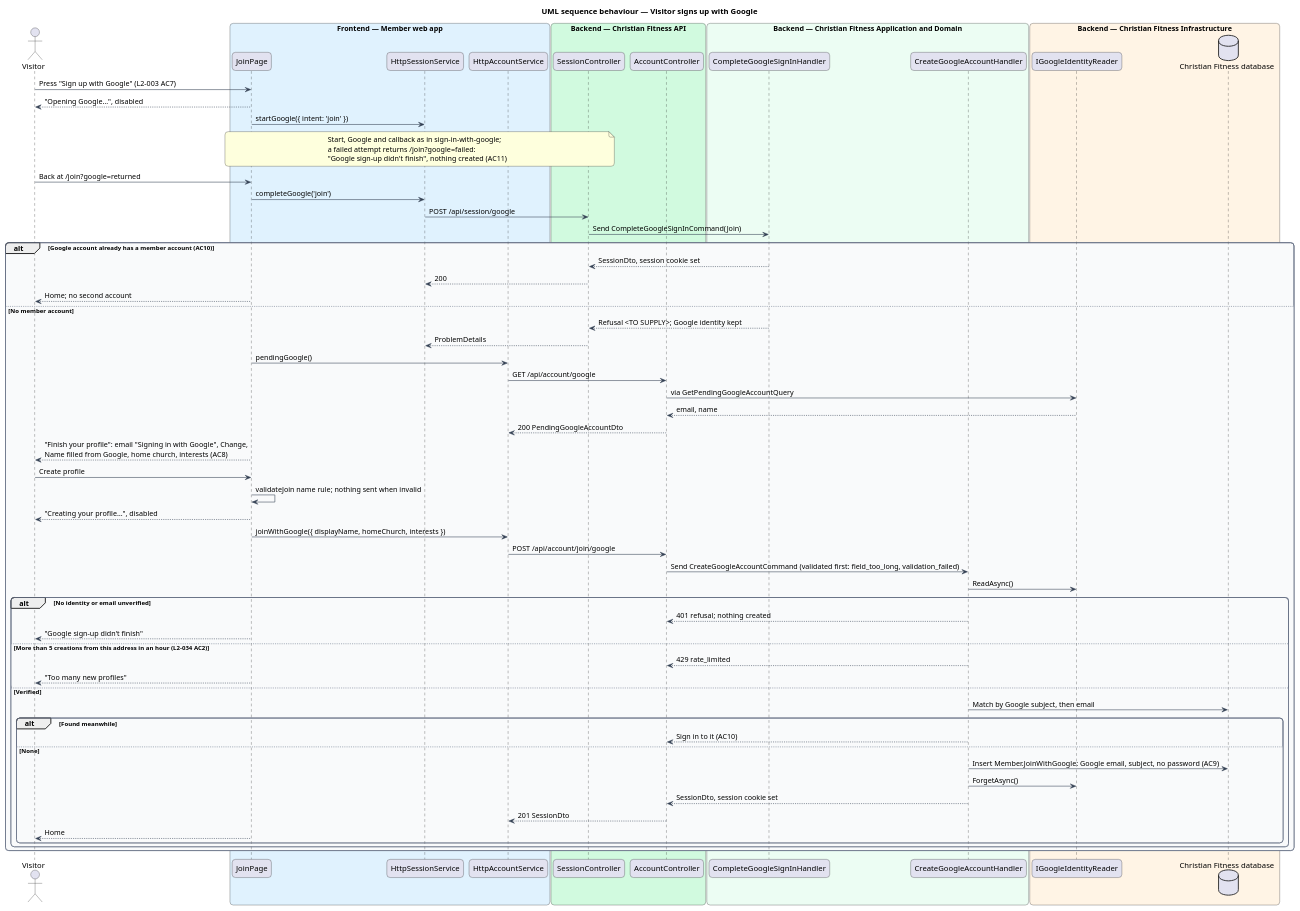
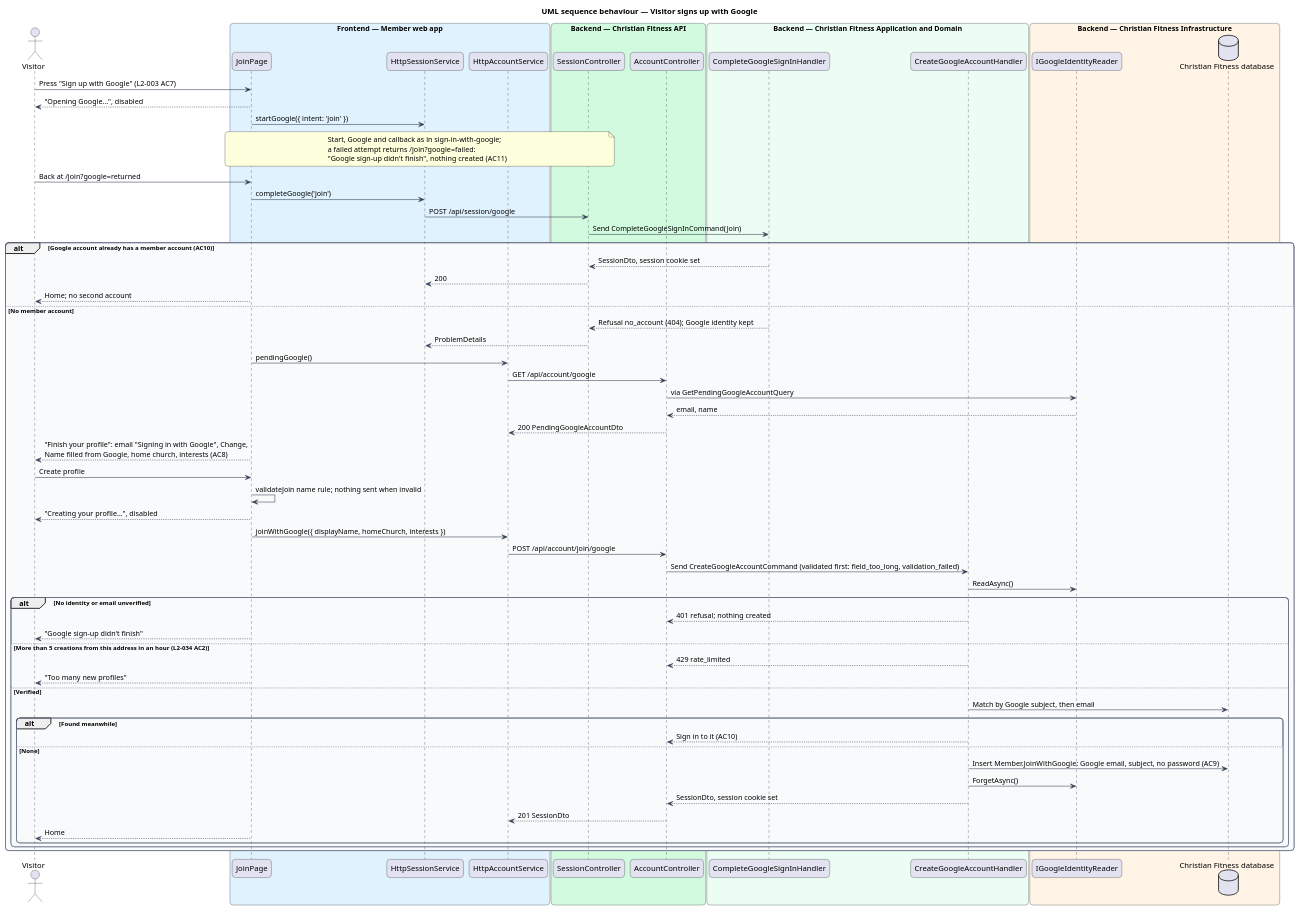
The diagram in docs/detailed-designs/member-access/create-account/diagrams/sequence-join-with-google.puml (QuinntyneBrown/christian-fitness), drawn with PlantUML before and after one commit. The commit also changed 13 other files, not shown here.

```diff
--- a/docs/detailed-designs/member-access/create-account/diagrams/sequence-join-with-google.puml
+++ b/docs/detailed-designs/member-access/create-account/diagrams/sequence-join-with-google.puml
@@ -1,82 +1,82 @@
 @startuml
 title UML sequence behaviour — Visitor signs up with Google
 skinparam backgroundColor #FFFFFF
 skinparam shadowing false
 skinparam roundcorner 12
 skinparam defaultFontName Arial
 skinparam ArrowColor #344054
 skinparam rectangle {
   BorderColor #344054
   FontColor #101828
 }
 skinparam package {
   BorderColor #667085
   FontColor #101828
   BackgroundColor #F9FAFB
 }
 actor "Visitor" as actor
 box "Frontend — Member web app" #E0F2FE
   participant "JoinPage" as page
   participant "HttpSessionService" as ses
   participant "HttpAccountService" as acc
 end box
 box "Backend — Christian Fitness API" #D1FADF
   participant "SessionController" as sctrl
   participant "AccountController" as actrl
 end box
 box "Backend — Christian Fitness Application and Domain" #ECFDF3
   participant "CompleteGoogleSignInHandler" as done
   participant "CreateGoogleAccountHandler" as h
 end box
 box "Backend — Christian Fitness Infrastructure" #FFF4E5
   participant "IGoogleIdentityReader" as reader
   database "Christian Fitness database" as db
 end box
 actor -> page : Press "Sign up with Google" (L2-003 AC7)
 page --> actor : "Opening Google…", disabled
 page -> ses : startGoogle({ intent: 'join' })
 note over page, sctrl : Start, Google and callback as in sign-in-with-google;\na failed attempt returns /join?google=failed:\n"Google sign-up didn't finish", nothing created (AC11)
 actor -> page : Back at /join?google=returned
 page -> ses : completeGoogle('join')
 ses -> sctrl : POST /api/session/google
 sctrl -> done : Send CompleteGoogleSignInCommand(Join)
 alt Google account already has a member account (AC10)
   done --> sctrl : SessionDto, session cookie set
   sctrl --> ses : 200
   page --> actor : Home; no second account
 else No member account
-  done --> sctrl : Refusal <TO SUPPLY>; Google identity kept
+  done --> sctrl : Refusal no_account (404); Google identity kept
   sctrl --> ses : ProblemDetails
   page -> acc : pendingGoogle()
   acc -> actrl : GET /api/account/google
   actrl -> reader : via GetPendingGoogleAccountQuery
   reader --> actrl : email, name
   actrl --> acc : 200 PendingGoogleAccountDto
   page --> actor : "Finish your profile": email "Signing in with Google", Change,\nName filled from Google, home church, interests (AC8)
   actor -> page : Create profile
   page -> page : validateJoin name rule; nothing sent when invalid
   page --> actor : "Creating your profile…", disabled
   page -> acc : joinWithGoogle({ displayName, homeChurch, interests })
   acc -> actrl : POST /api/account/join/google
   actrl -> h : Send CreateGoogleAccountCommand (validated first: field_too_long, validation_failed)
   h -> reader : ReadAsync()
   alt No identity or email unverified
     h --> actrl : 401 refusal; nothing created
     page --> actor : "Google sign-up didn't finish"
   else More than 5 creations from this address in an hour (L2-034 AC2)
     h --> actrl : 429 rate_limited
     page --> actor : "Too many new profiles"
   else Verified
     h -> db : Match by Google subject, then email
     alt Found meanwhile
       h --> actrl : Sign in to it (AC10)
     else None
       h -> db : Insert Member.JoinWithGoogle: Google email, subject, no password (AC9)
       h -> reader : ForgetAsync()
       h --> actrl : SessionDto, session cookie set
       actrl --> acc : 201 SessionDto
       page --> actor : Home
     end
   end
 end
 @enduml
```
